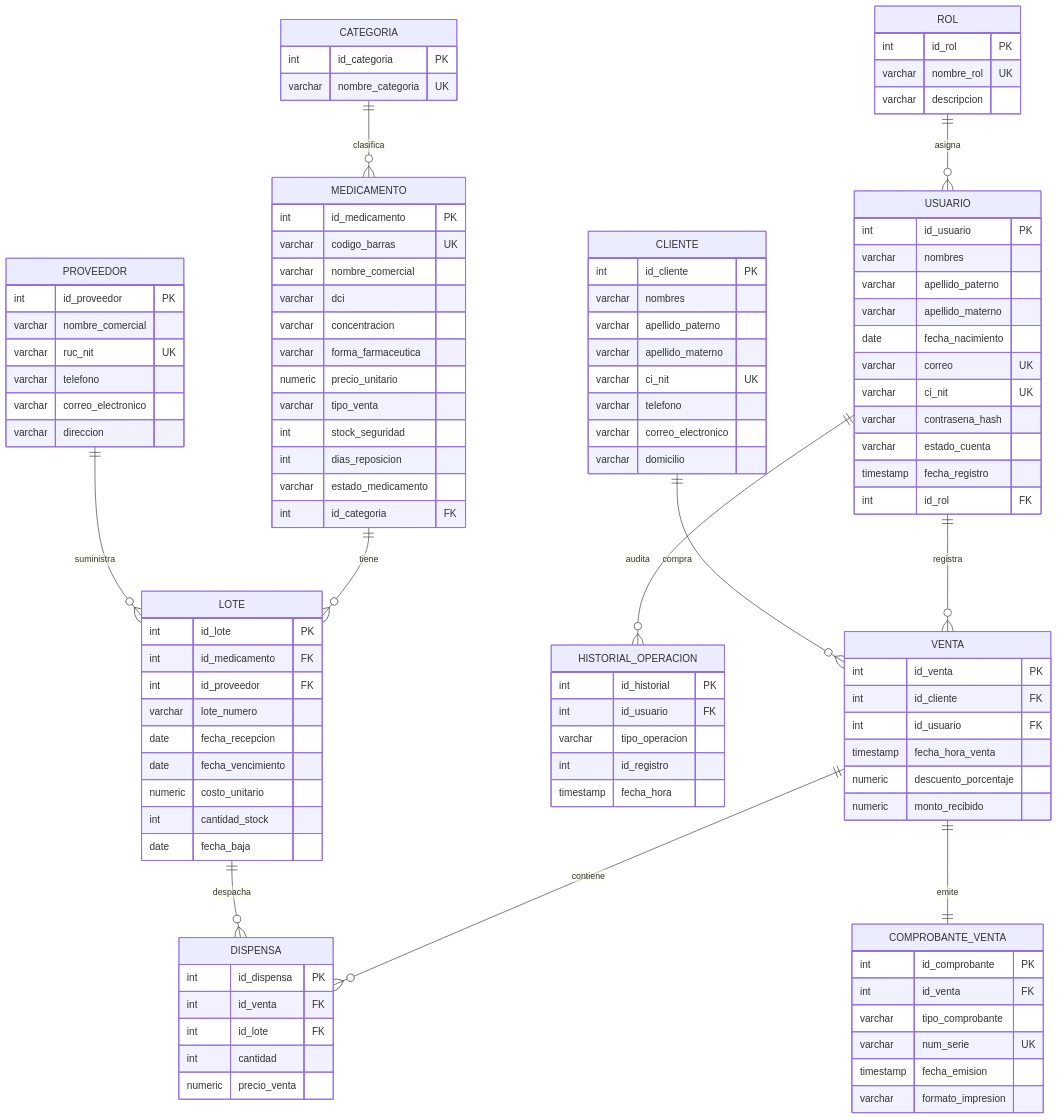
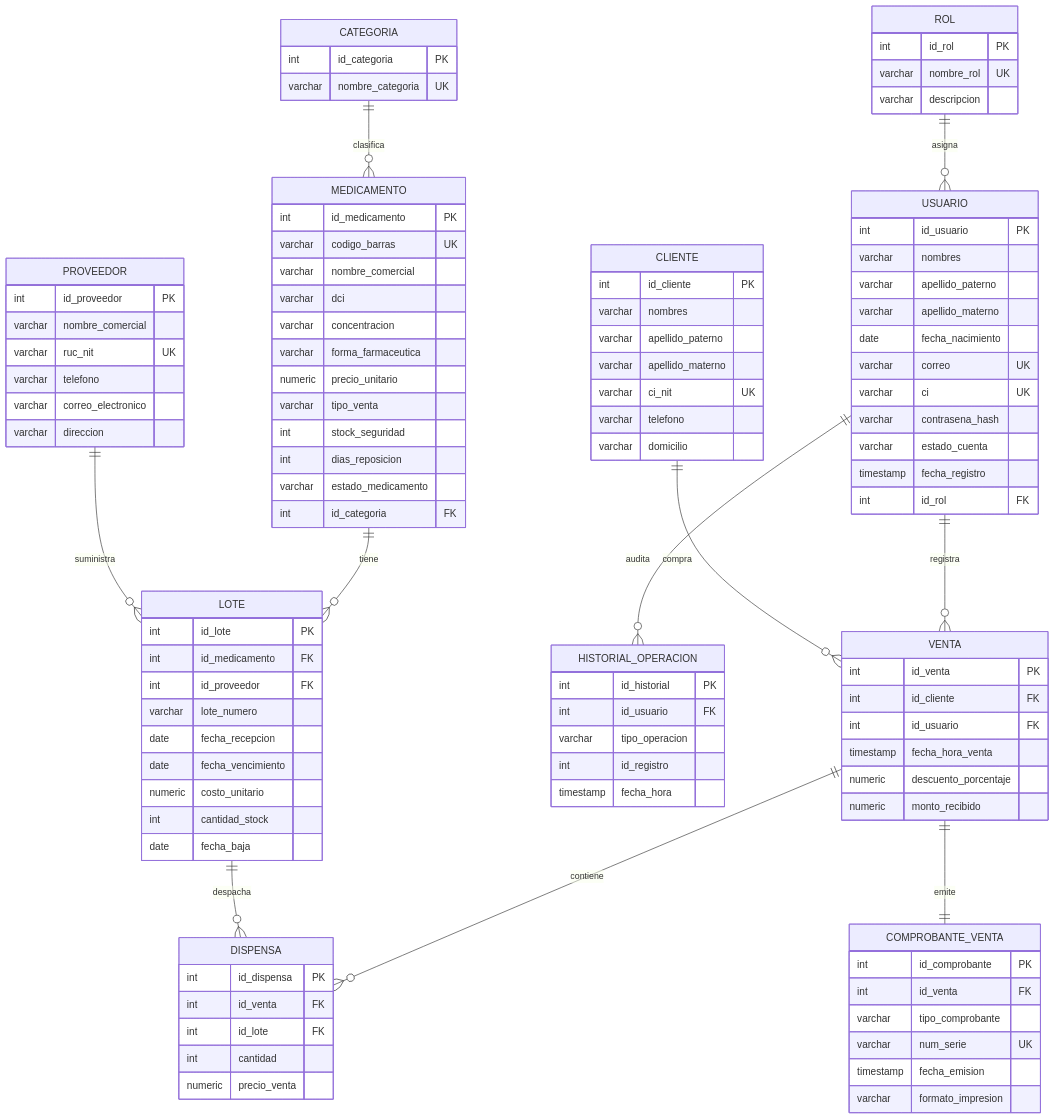
One commit to T-T-MoY/Software-de-Control-de-Inventario-y-Ventas-para-Farmacias changed the first of 2 diagrams in docs/MODELO-DATOS.md. Above: the diagram before and after it, drawn with Mermaid. The commit also changed other lines of this file and 12 other files, not shown here.

```diff
--- a/docs/MODELO-DATOS.md
+++ b/docs/MODELO-DATOS.md
@@ -34,7 +34,7 @@
         varchar apellido_materno
         date fecha_nacimiento
         varchar correo UK
-        varchar ci_nit UK
+        varchar ci UK
         varchar contrasena_hash
         varchar estado_cuenta
         timestamp fecha_registro
@@ -89,7 +89,6 @@
         varchar apellido_materno
         varchar ci_nit UK
         varchar telefono
-        varchar correo_electronico
         varchar domicilio
     }
 
```
